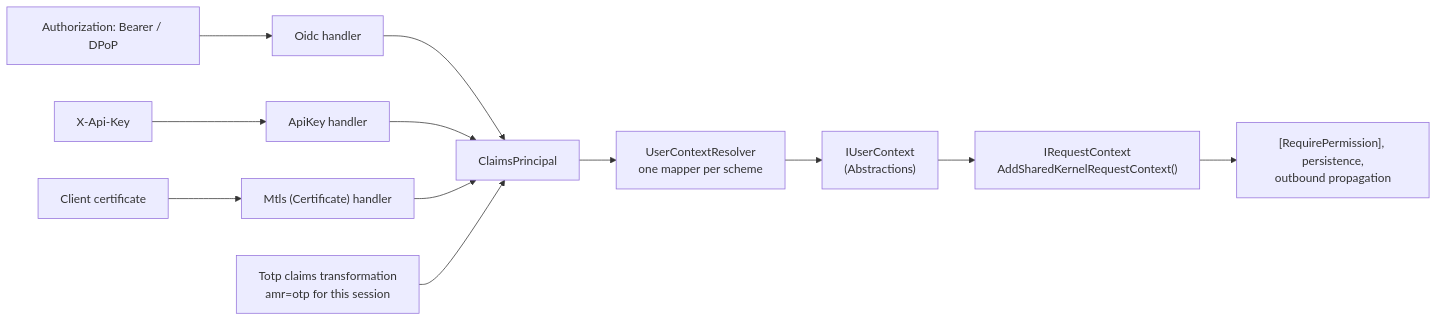
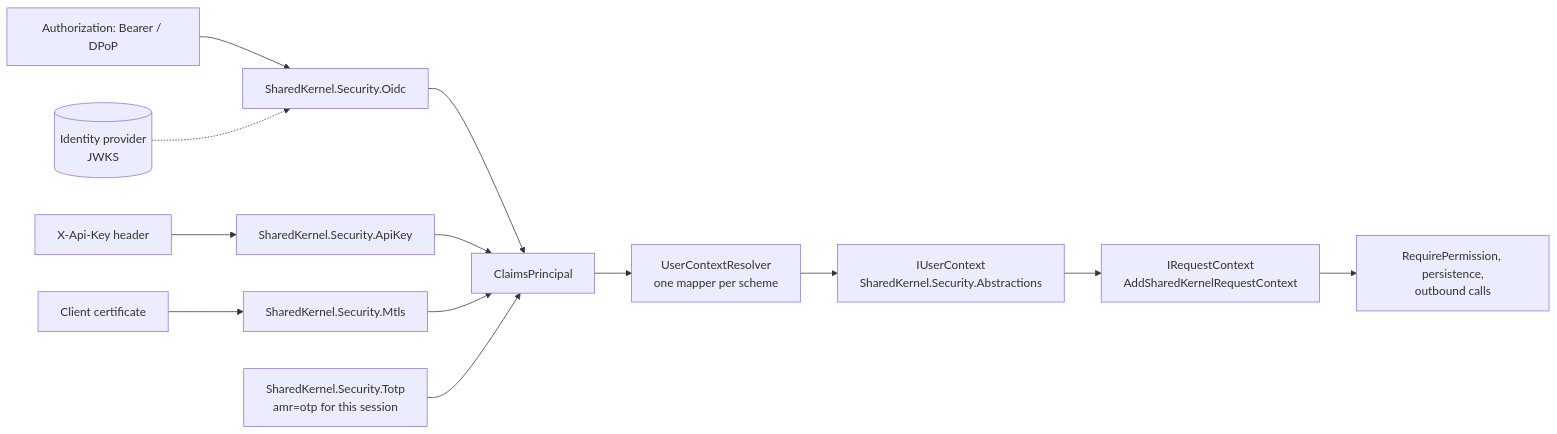
Before and after one commit to Gresta-Vertex-Labs/platform-shared-kernel: the diagram in src/Hosting/Security/README.md, drawn with Mermaid. The commit also changed other lines of this file and 228 other files, not shown here.

````diff
--- a/src/Hosting/Security/README.md
+++ b/src/Hosting/Security/README.md
@@ -64,14 +54,15 @@
 ```mermaid
 flowchart LR
-    A["Authorization: Bearer / DPoP"] --> O["Oidc handler"]
-    K["X-Api-Key"] --> P["ApiKey handler"]
-    C["Client certificate"] --> M["Mtls (Certificate) handler"]
+    A["Authorization: Bearer / DPoP"] --> O["SharedKernel.Security.Oidc"]
+    K["X-Api-Key header"] --> P["SharedKernel.Security.ApiKey"]
+    C["Client certificate"] --> M["SharedKernel.Security.Mtls"]
     O --> I["ClaimsPrincipal"]
     P --> I
     M --> I
-    T["Totp claims transformation<br/>amr=otp for this session"] --> I
+    T["SharedKernel.Security.Totp<br/>amr=otp for this session"] --> I
     I --> R["UserContextResolver<br/>one mapper per scheme"]
-    R --> U["IUserContext<br/>(Abstractions)"]
-    U --> Q["IRequestContext<br/>AddSharedKernelRequestContext()"]
-    Q --> H["[RequirePermission], persistence,<br/>outbound propagation"]
+    R --> U["IUserContext<br/>SharedKernel.Security.Abstractions"]
+    U --> Q["IRequestContext<br/>AddSharedKernelRequestContext"]
+    Q --> H["RequirePermission, persistence,<br/>outbound calls"]
+    IDP[("Identity provider<br/>JWKS")] -.-> O
 ```
````
